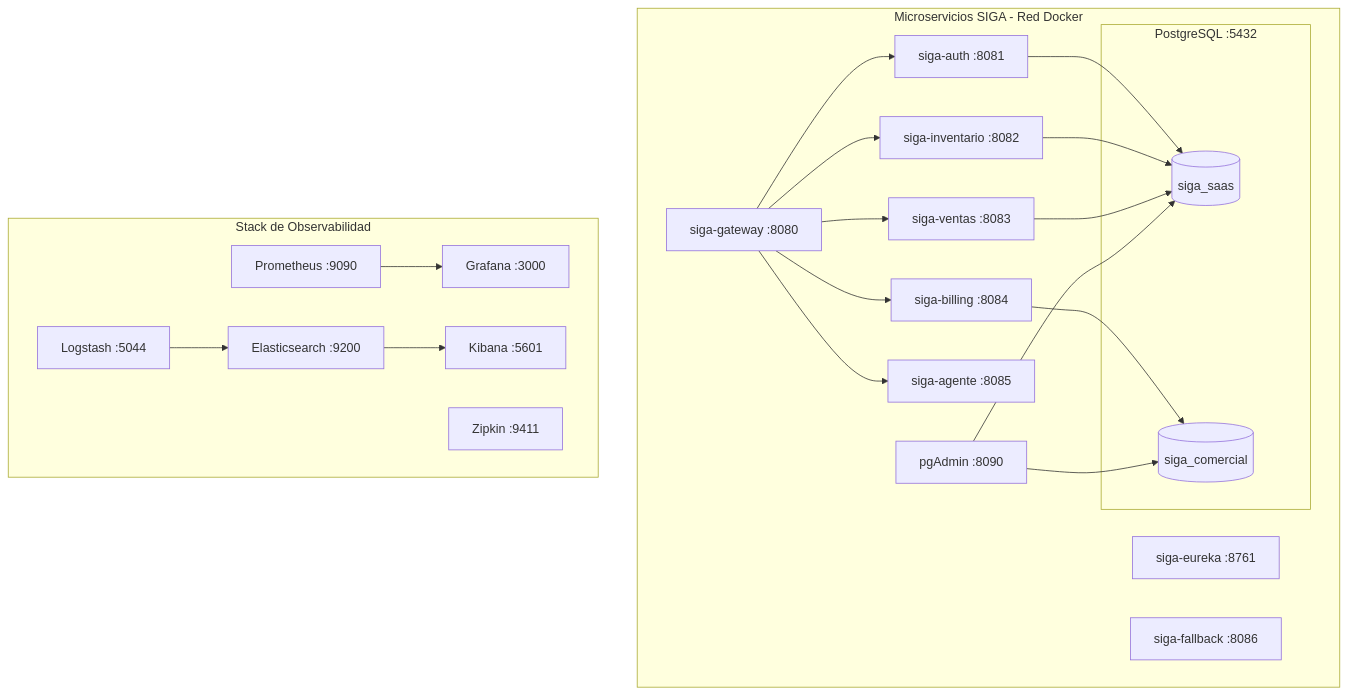
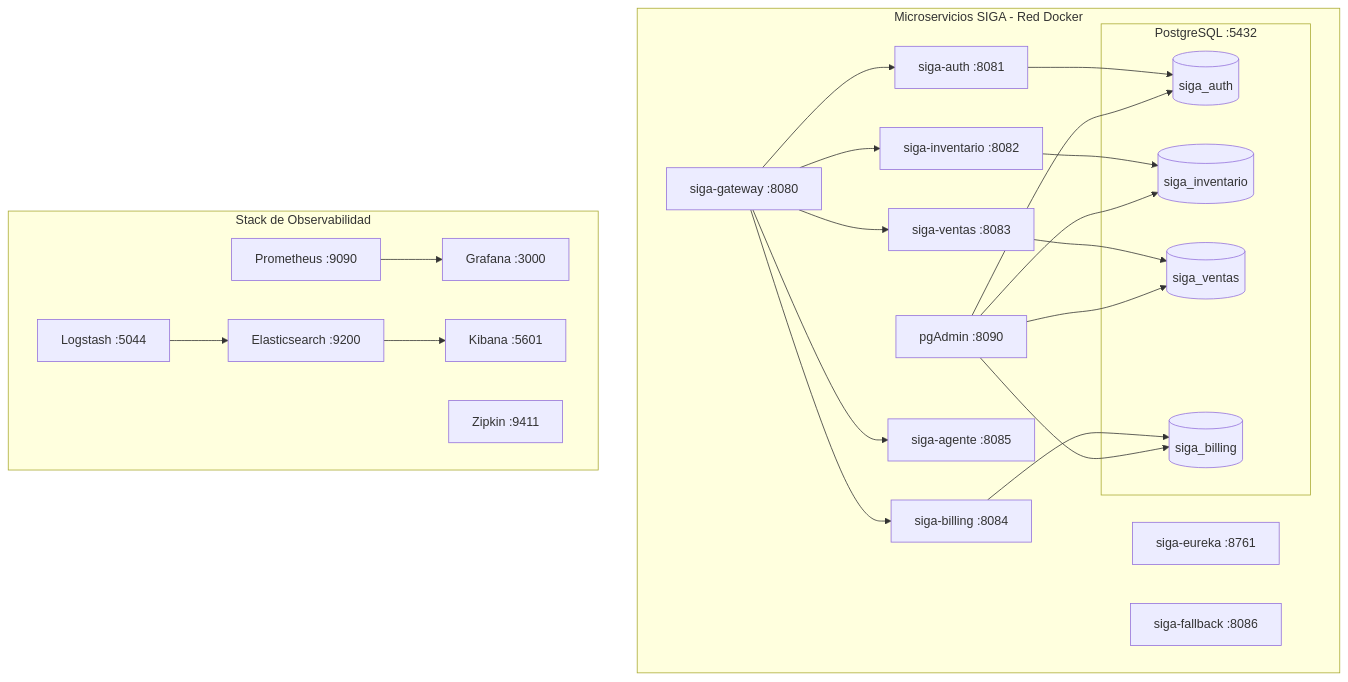
Before and after one commit to HecAguilaV/SIGA: the fifth of 7 diagrams in openspec/changes/migracion-microservicios/architecture-diagrams.md, drawn with Mermaid. The commit also changed other lines of this file, not shown here.

Commit message:
docs: actualizar diagramas reflejando los 4 esquemas (auth, inventario, ventas, billing)

````diff
--- a/openspec/changes/migracion-microservicios/architecture-diagrams.md
+++ b/openspec/changes/migracion-microservicios/architecture-diagrams.md
@@ -163,44 +165,48 @@
 ```mermaid
 graph TD
     subgraph App["Microservicios SIGA - Red Docker"]
         GW["siga-gateway :8080"]
         EU["siga-eureka :8761"]
         AU["siga-auth :8081"]
         IN["siga-inventario :8082"]
         VE["siga-ventas :8083"]
         BI["siga-billing :8084"]
         AG["siga-agente :8085"]
         FB["siga-fallback :8086"]
         
         subgraph DB["PostgreSQL :5432"]
-            DB_SAAS[("siga_saas")]
-            DB_COMERCIAL[("siga_comercial")]
+            SCH_AU[("siga_auth")]
+            SCH_IN[("siga_inventario")]
+            SCH_VE[("siga_ventas")]
+            SCH_BI[("siga_billing")]
         end
         
         PA["pgAdmin :8090"]
     end
 
     subgraph Obs["Stack de Observabilidad"]
         PR["Prometheus :9090"]
         GR["Grafana :3000"]
         ES["Elasticsearch :9200"]
         LS["Logstash :5044"]
         KI["Kibana :5601"]
         ZI["Zipkin :9411"]
     end
 
     GW --> AU
     GW --> IN
     GW --> VE
     GW --> BI
     GW --> AG
-    AU --> DB_SAAS
-    IN --> DB_SAAS
-    VE --> DB_SAAS
-    BI --> DB_COMERCIAL
-    PA --> DB_SAAS
-    PA --> DB_COMERCIAL
+    AU --> SCH_AU
+    IN --> SCH_IN
+    VE --> SCH_VE
+    BI --> SCH_BI
+    PA --> SCH_AU
+    PA --> SCH_IN
+    PA --> SCH_VE
+    PA --> SCH_BI
     PR --> GR
     LS --> ES
     ES --> KI
 ```
````
